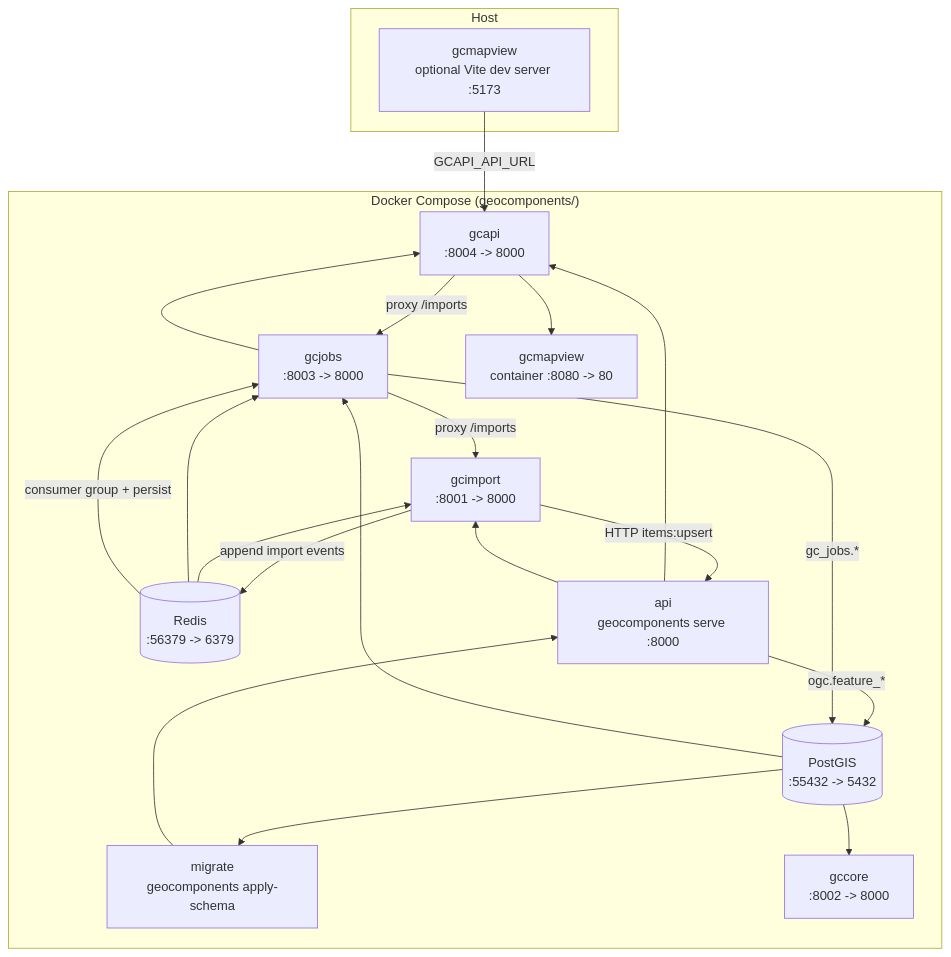
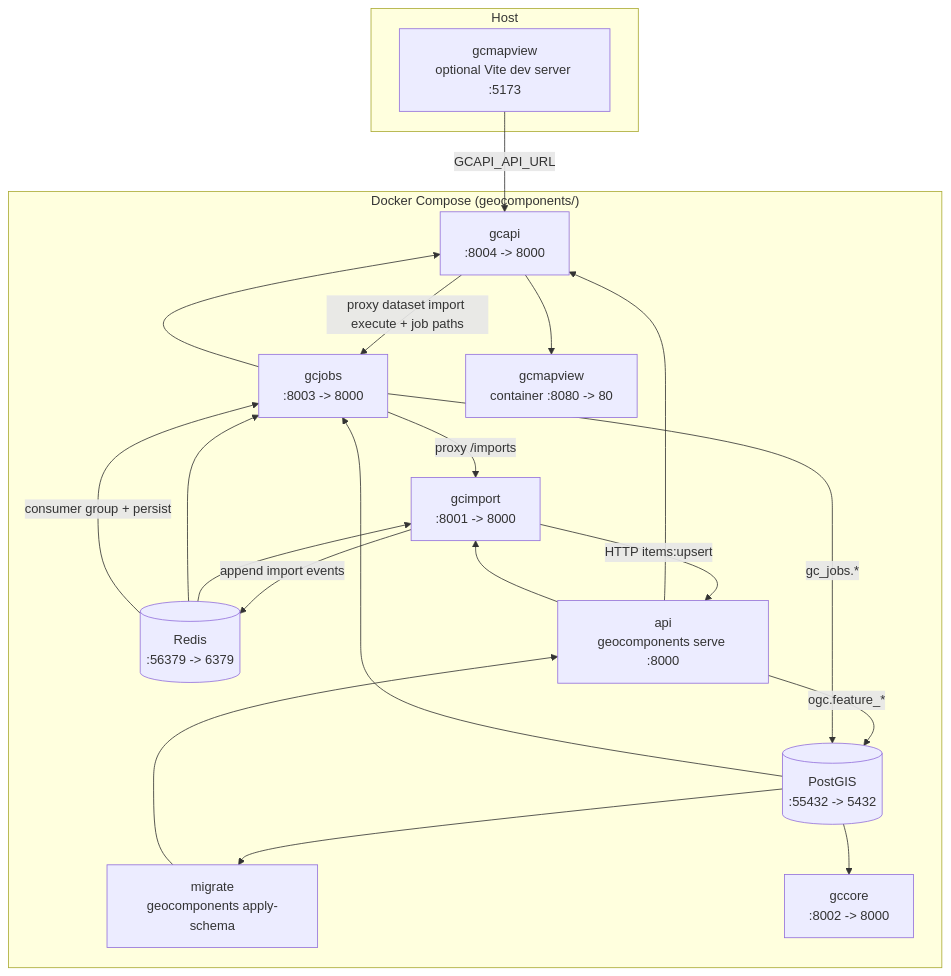
Before and after one commit to kartverket/topografisk-gdb-api: the second of 10 diagrams in docs/ARCHITECTURE.md, drawn with Mermaid. The commit also changed other lines of this file and 31 other files, not shown here.

Commit message:
convert gcapi to simple reverse proxy

````diff
--- a/docs/ARCHITECTURE.md
+++ b/docs/ARCHITECTURE.md
@@ -62,37 +62,37 @@
 ```mermaid
 flowchart TB
   subgraph Host
     FEDEV["gcmapview<br/>optional Vite dev server :5173"]
   end
 
   subgraph "Docker Compose (geocomponents/)"
     DB[("PostGIS<br/>:55432 -> 5432")]
     REDIS[("Redis<br/>:56379 -> 6379")]
     MIG["migrate<br/>geocomponents apply-schema"]
     API["api<br/>geocomponents serve :8000"]
     GCAPI["gcapi<br/>:8004 -> 8000"]
     IMP["gcimport<br/>:8001 -> 8000"]
     CORE["gccore<br/>:8002 -> 8000"]
     JOBS["gcjobs<br/>:8003 -> 8000"]
     FE["gcmapview<br/>container :8080 -> 80"]
 
     DB --> MIG --> API
     API --> GCAPI
     API --> IMP
     DB --> CORE
     DB --> JOBS
     JOBS --> GCAPI
     REDIS --> IMP
     REDIS --> JOBS
     GCAPI --> FE
   end
 
   FEDEV -->|GCAPI_API_URL| GCAPI
-  GCAPI -->|proxy /imports| JOBS
+  GCAPI -->|proxy dataset import execute + job paths| JOBS
   JOBS -->|proxy /imports| IMP
   IMP -->|HTTP items:upsert| API
   IMP -->|append import events| REDIS
   REDIS -->|consumer group + persist| JOBS
   API -->|ogc.feature_*| DB
   JOBS -->|gc_jobs.*| DB
 ```
````
